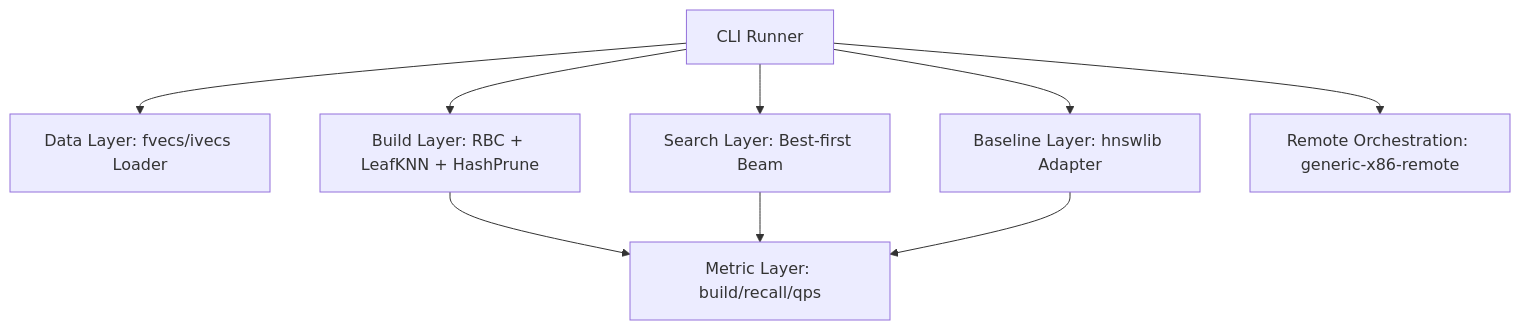
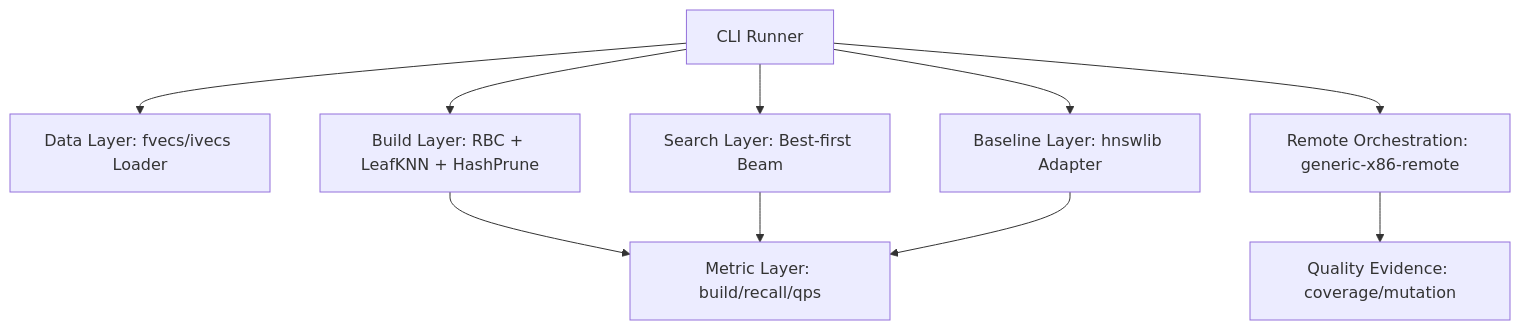
The first of 11 diagrams in docs/plans/2026-03-12-pipnn-poc-design.md (benwuhua/pipnn), drawn with Mermaid before and after one commit. The commit also changed other lines of this file and 2 other files, not shown here.

Commit message:
docs: update quality methodology for wave 2

````diff
--- a/docs/plans/2026-03-12-pipnn-poc-design.md
+++ b/docs/plans/2026-03-12-pipnn-poc-design.md
@@ -45,19 +45,21 @@
 ```mermaid
 graph TB
   CLI[CLI Runner]
   DATA[Data Layer: fvecs/ivecs Loader]
   BUILD[Build Layer: RBC + LeafKNN + HashPrune]
   SEARCH[Search Layer: Best-first Beam]
   BASE[Baseline Layer: hnswlib Adapter]
   METRIC[Metric Layer: build/recall/qps]
+  QUALITY[Quality Evidence: coverage/mutation]
   REMOTE[Remote Orchestration: generic-x86-remote]
 
   CLI --> DATA
   CLI --> BUILD
   CLI --> SEARCH
   CLI --> BASE
   BUILD --> METRIC
   SEARCH --> METRIC
   BASE --> METRIC
   CLI --> REMOTE
+  REMOTE --> QUALITY
 ```
````
